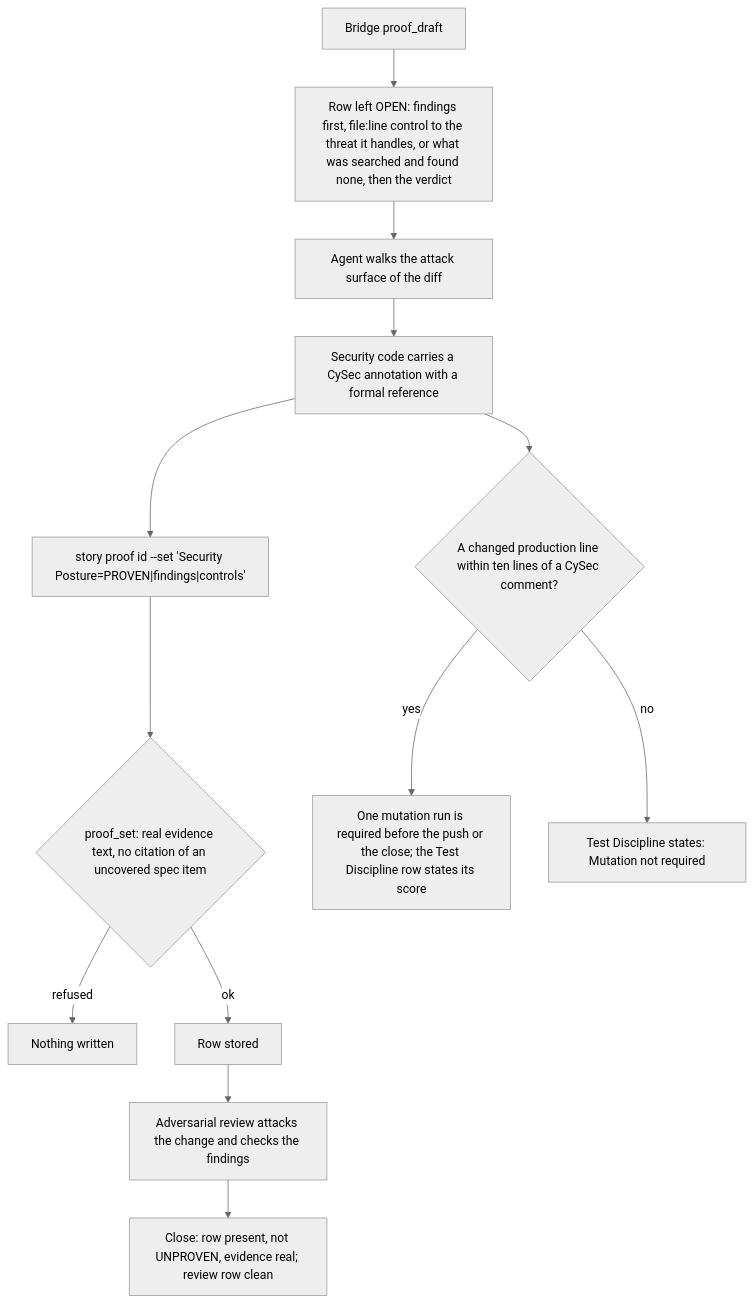
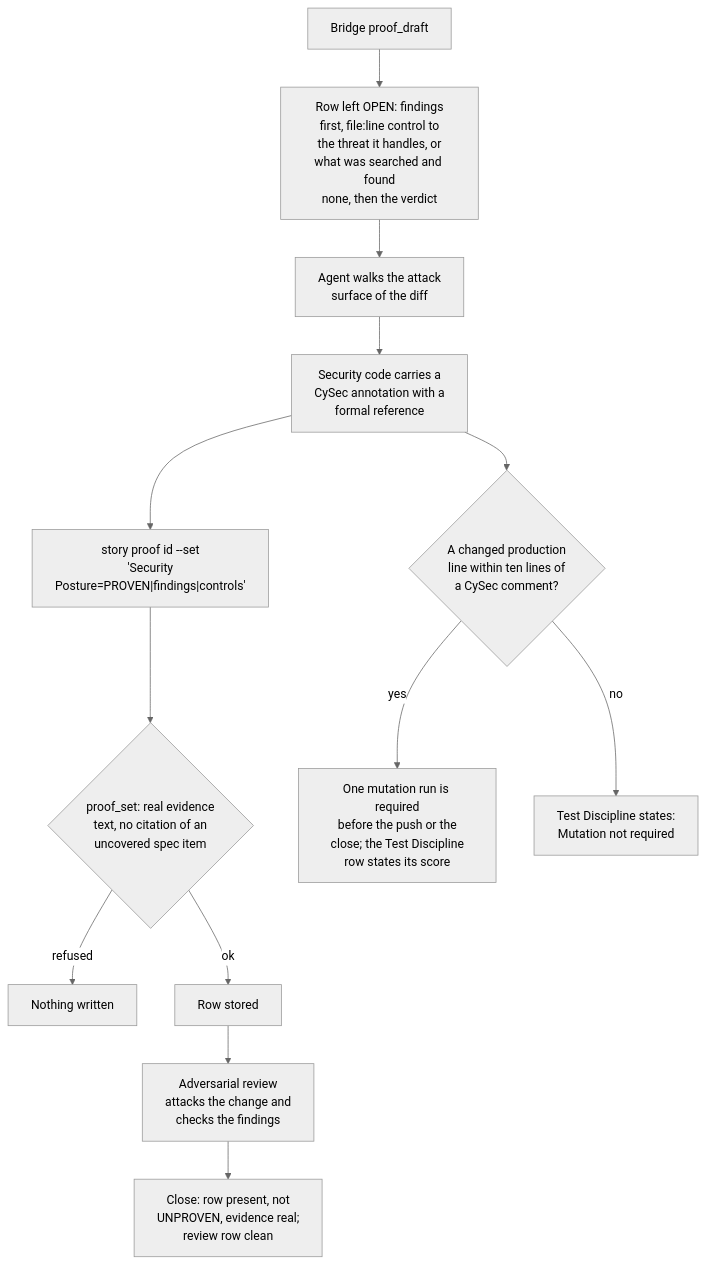
One commit to DogmaSolutions/Kyklos changed the diagram in docs/PROOF_DIMENSION_SECURITY_POSTURE.md. Above: the diagram before and after it, drawn with Mermaid (neutral theme). The commit also changed 38 other files, not shown here.

````diff
--- a/docs/PROOF_DIMENSION_SECURITY_POSTURE.md
+++ b/docs/PROOF_DIMENSION_SECURITY_POSTURE.md
@@ -37,15 +37,15 @@
 ```mermaid
 flowchart TD
-    A["Bridge proof_draft"] --> B["Row left OPEN: findings first, file:line control to the threat it handles, or what was searched and found none, then the verdict"]
-    B --> C["Agent walks the attack surface of the diff"]
-    C --> D["Security code carries a CySec annotation with a formal reference"]
-    D --> E["story proof id --set 'Security Posture=PROVEN|findings|controls'"]
-    E --> F{"proof_set: real evidence text, no citation of an uncovered spec item"}
+    A["Bridge proof_draft"] --> B["Row left OPEN: findings<br/>first, file:line control to<br/>the threat it handles, or<br/>what was searched and found<br/>none, then the verdict"]
+    B --> C["Agent walks the attack<br/>surface of the diff"]
+    C --> D["Security code carries a<br/>CySec annotation with a<br/>formal reference"]
+    D --> E["story proof id --set<br/>'Security<br/>Posture=PROVEN|findings|controls'"]
+    E --> F{"proof_set: real evidence<br/>text, no citation of an<br/>uncovered spec item"}
     F -->|"refused"| X1["Nothing written"]
     F -->|"ok"| S["Row stored"]
-    D --> M{"A changed production line within ten lines of a CySec comment?"}
-    M -->|"yes"| MR["One mutation run is required before the push or the close; the Test Discipline row states its score"]
-    M -->|"no"| MN["Test Discipline states: Mutation not required"]
-    S --> R["Adversarial review attacks the change and checks the findings"]
-    R --> Z["Close: row present, not UNPROVEN, evidence real; review row clean"]
+    D --> M{"A changed production<br/>line within ten lines of<br/>a CySec comment?"}
+    M -->|"yes"| MR["One mutation run is required<br/>before the push or the<br/>close; the Test Discipline<br/>row states its score"]
+    M -->|"no"| MN["Test Discipline states:<br/>Mutation not required"]
+    S --> R["Adversarial review<br/>attacks the change and<br/>checks the findings"]
+    R --> Z["Close: row present, not<br/>UNPROVEN, evidence real;<br/>review row clean"]
 ```
````
